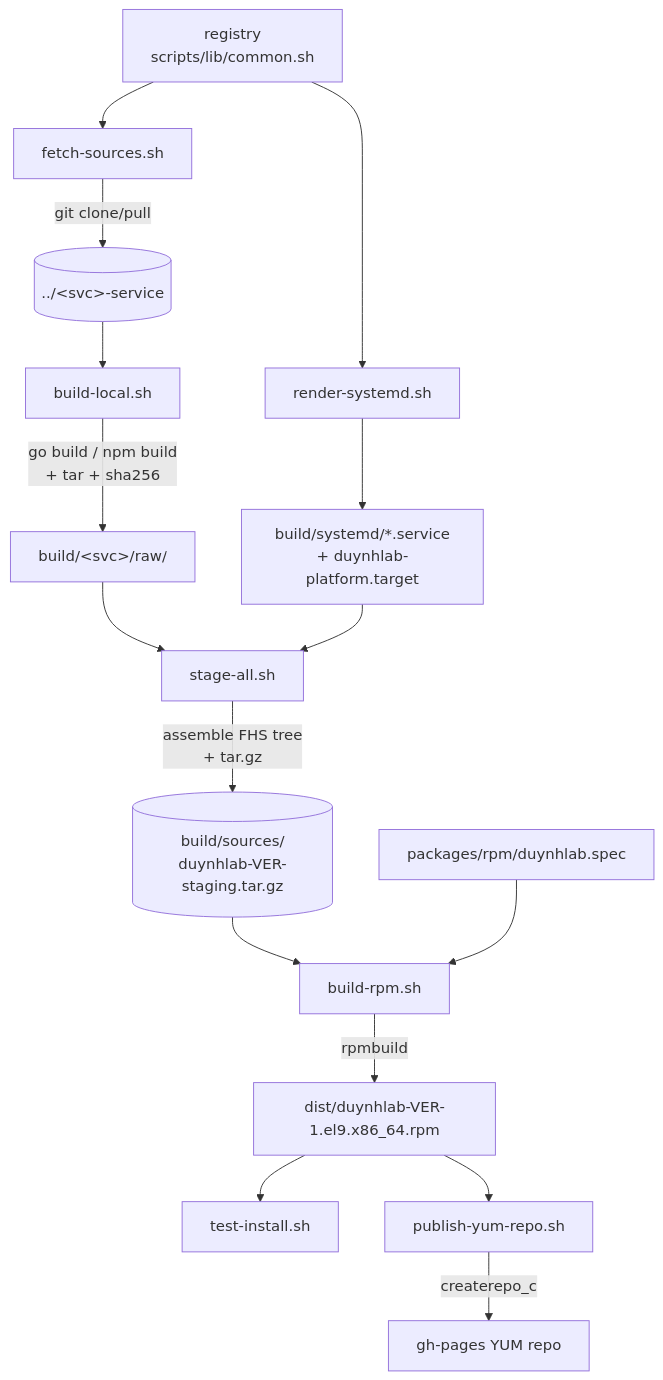
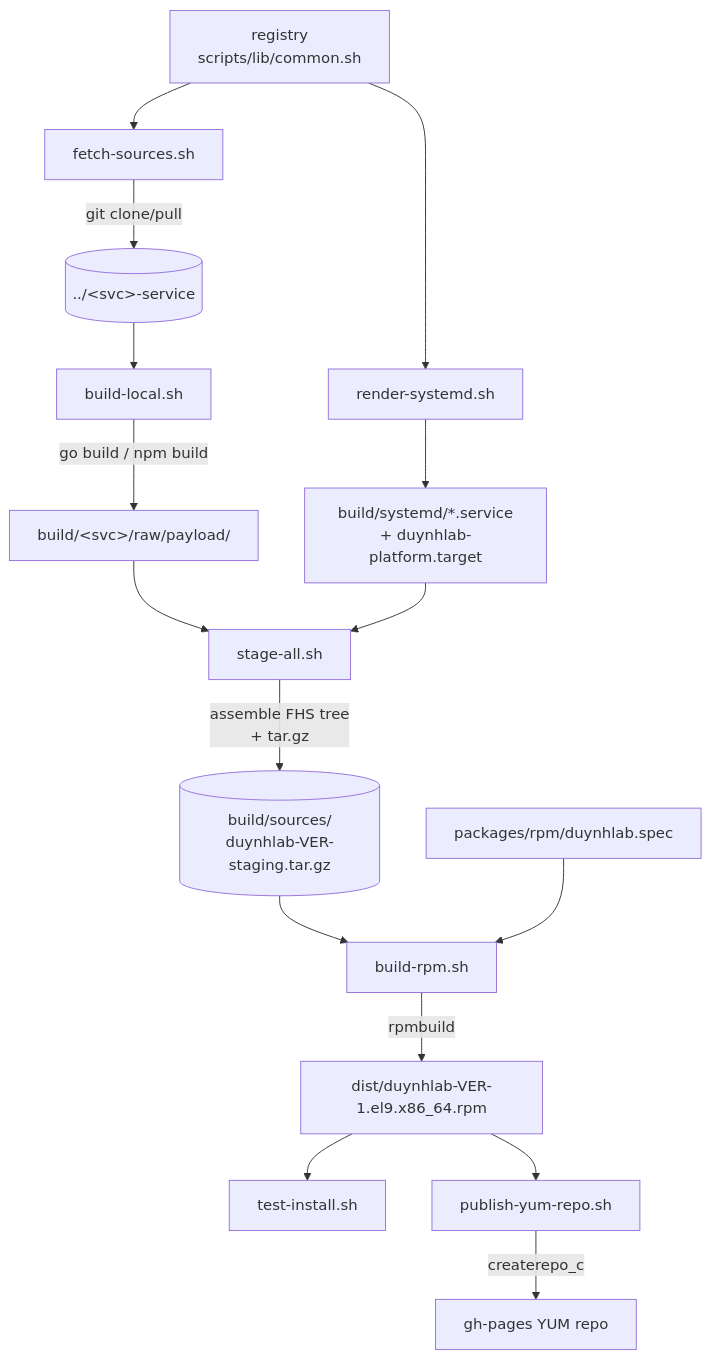
One commit to duynhlab/packages changed the first of 2 diagrams in docs/004-build.md. Above: the diagram before and after it, drawn with Mermaid. The commit also changed other lines of this file and 2 other files, not shown here.

First line of the commit message:
docs(build): reflect directory payload handoff + host|docker runner (#63)

````diff
--- a/docs/004-build.md
+++ b/docs/004-build.md
@@ -12,18 +12,18 @@
 ```mermaid
 flowchart TD
   YML[registry<br/>scripts/lib/common.sh] --> FS[fetch-sources.sh]
   FS -->|git clone/pull| SRC[(../&lt;svc&gt;-service)]
   SRC --> BL[build-local.sh]
-  BL -->|go build / npm build<br/>+ tar + sha256| RAW[build/&lt;svc&gt;/raw/]
+  BL -->|go build / npm build| RAW[build/&lt;svc&gt;/raw/payload/]
   YML --> RS[render-systemd.sh]
   RS --> UNITS[build/systemd/*.service<br/>+ duynhlab-platform.target]
   RAW --> SA[stage-all.sh]
   UNITS --> SA
   SA -->|assemble FHS tree<br/>+ tar.gz| SRC0[(build/sources/<br/>duynhlab-VER-staging.tar.gz)]
   SRC0 --> BR[build-rpm.sh]
   SPEC[packages/rpm/duynhlab.spec] --> BR
   BR -->|rpmbuild| RPM[dist/duynhlab-VER-1.el9.x86_64.rpm]
   RPM --> SM[test-install.sh]
   RPM --> PUB[publish-yum-repo.sh]
   PUB -->|createrepo_c| GH[gh-pages YUM repo]
 ```
````
